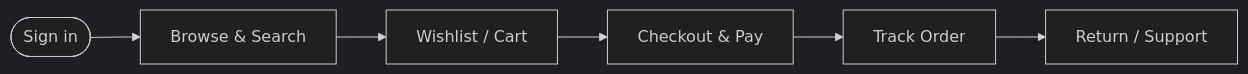
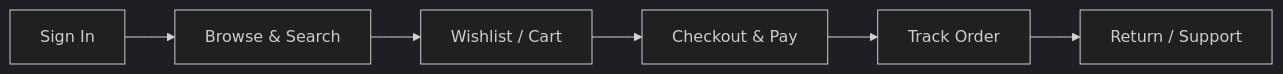
Before and after one commit to keshavappdev/handbag-luxe-fullstack: the third of 3 diagrams in README.md, drawn with Mermaid (dark theme). The commit also changed other lines of this file, not shown here.

````diff
--- a/README.md
+++ b/README.md
@@ -109,4 +231,8 @@
 ```mermaid
 flowchart LR
-    S([Sign in]) --> B[Browse & Search] --> W[Wishlist / Cart] --> CH[Checkout & Pay] --> T[Track Order] --> R[Return / Support]
+    S["Sign In"] --> B["Browse & Search"]
+    B --> W["Wishlist / Cart"]
+    W --> CH["Checkout & Pay"]
+    CH --> T["Track Order"]
+    T --> R["Return / Support"]
 ```
````
